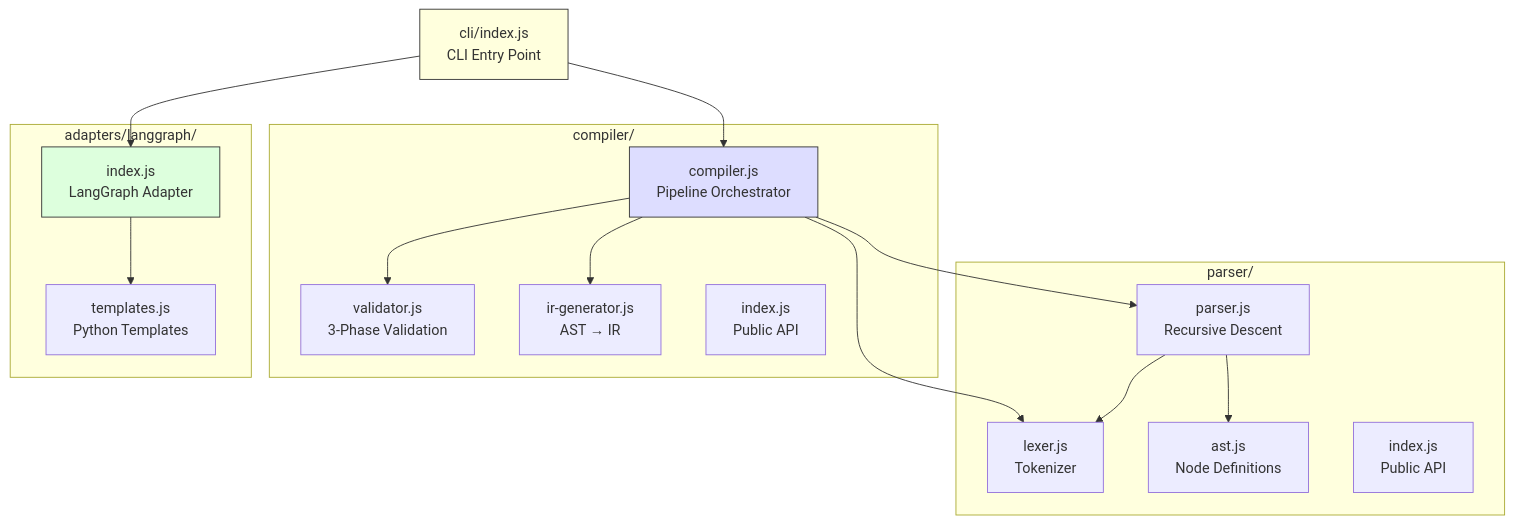
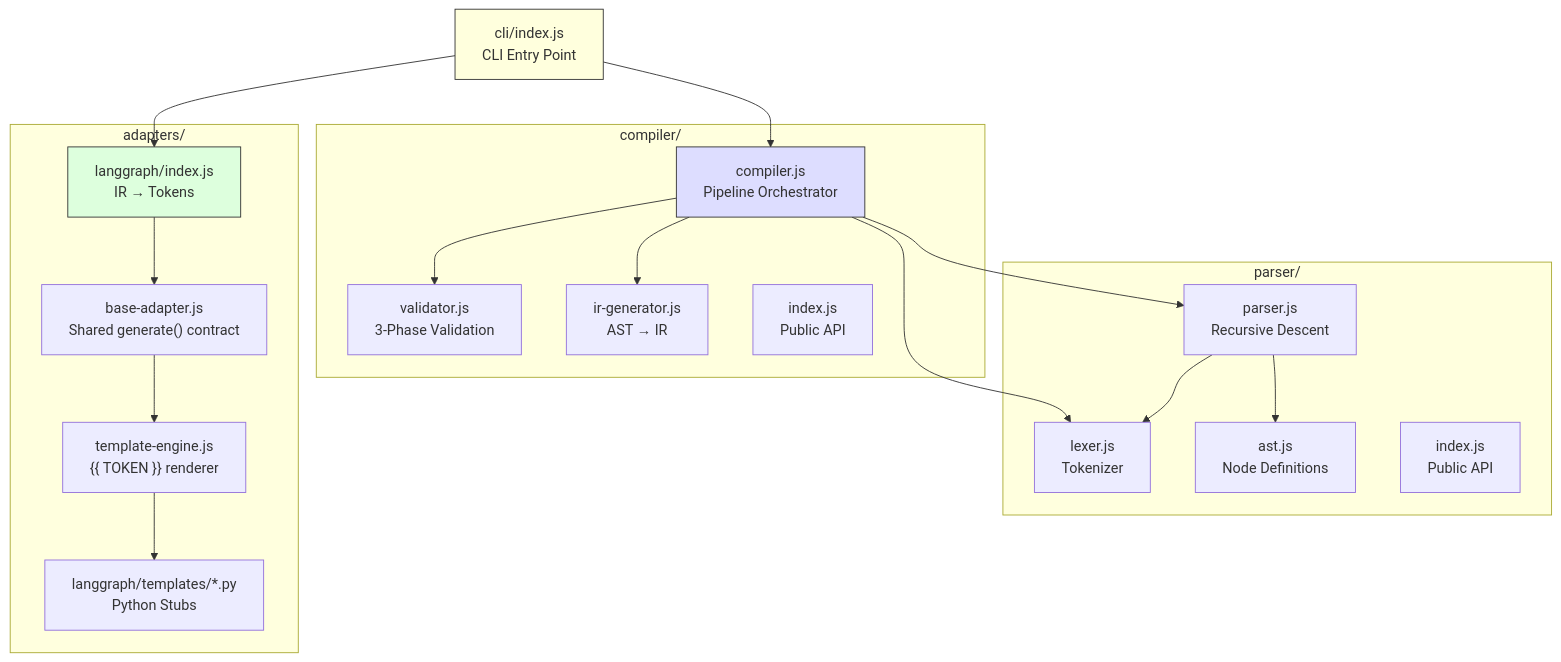
The second of 4 diagrams in docs/core-concepts/architecture.md (OpenAgentFlow/OpenAgentFlow), drawn with Mermaid before and after one commit. The commit also changed 5 other files, not shown here.

First line of the commit message:
docs: describe the stub-based adapter architecture

````diff
--- a/docs/core-concepts/architecture.md
+++ b/docs/core-concepts/architecture.md
@@ -100,37 +100,41 @@
 ```mermaid
 graph TD
     CLI["cli/index.js<br/>CLI Entry Point"]
     
     subgraph Parser["parser/"]
         Lexer["lexer.js<br/>Tokenizer"]
         AST["ast.js<br/>Node Definitions"]
         ParserMod["parser.js<br/>Recursive Descent"]
         ParserIdx["index.js<br/>Public API"]
     end
     
     subgraph Compiler["compiler/"]
         Validator["validator.js<br/>3-Phase Validation"]
         IRGen["ir-generator.js<br/>AST → IR"]
         CompilerMod["compiler.js<br/>Pipeline Orchestrator"]
         CompilerIdx["index.js<br/>Public API"]
     end
     
-    subgraph Adapters["adapters/langgraph/"]
-        Adapter["index.js<br/>LangGraph Adapter"]
-        Templates["templates.js<br/>Python Templates"]
+    subgraph Adapters["adapters/"]
+        BaseAdapter["base-adapter.js<br/>Shared generate() contract"]
+        Engine["template-engine.js<br/>{{ TOKEN }} renderer"]
+        Adapter["langgraph/index.js<br/>IR → Tokens"]
+        Stubs["langgraph/templates/*.py<br/>Python Stubs"]
     end
     
     CLI --> CompilerMod
     CLI --> Adapter
     CompilerMod --> Lexer
     CompilerMod --> ParserMod
     CompilerMod --> Validator
     CompilerMod --> IRGen
     ParserMod --> AST
     ParserMod --> Lexer
-    Adapter --> Templates
+    Adapter --> BaseAdapter
+    BaseAdapter --> Engine
+    Engine --> Stubs
 
     style CLI fill:#ffd,stroke:#333
     style CompilerMod fill:#ddf,stroke:#333
     style Adapter fill:#dfd,stroke:#333
 ```
````
